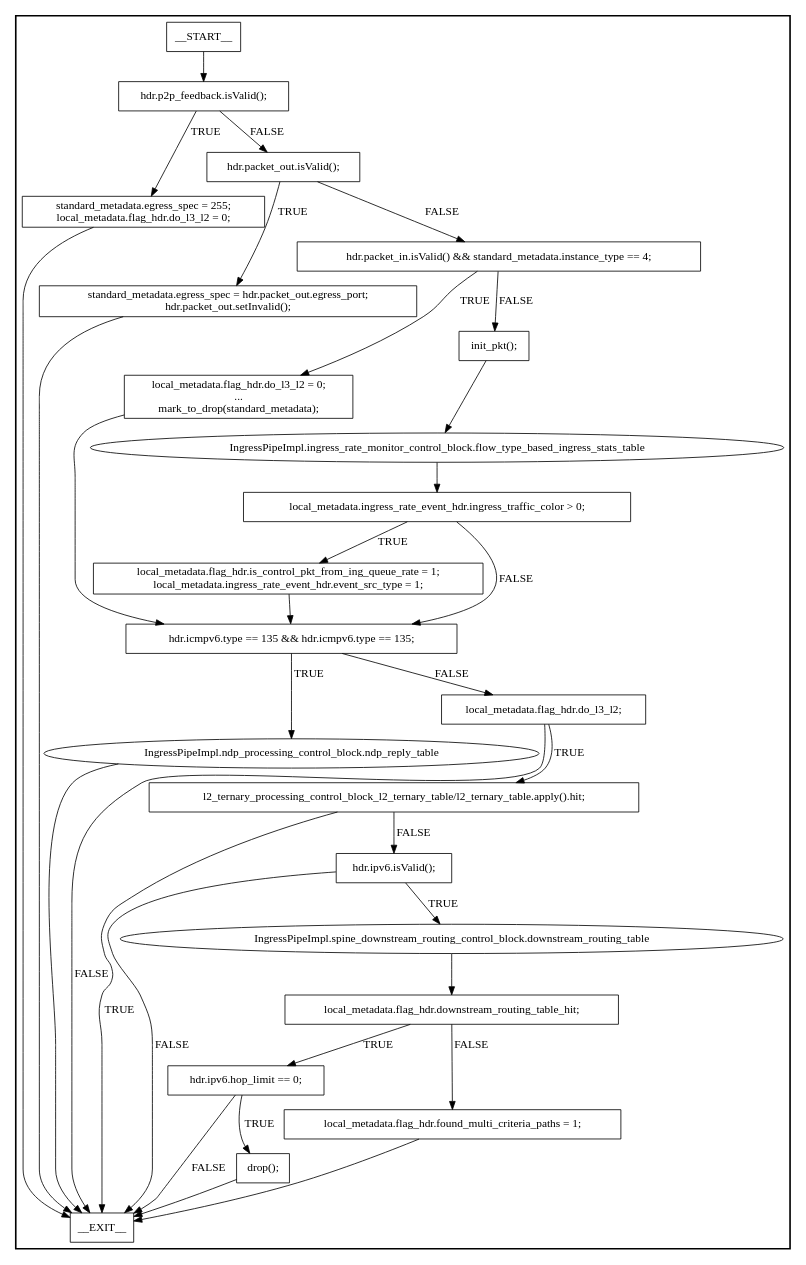
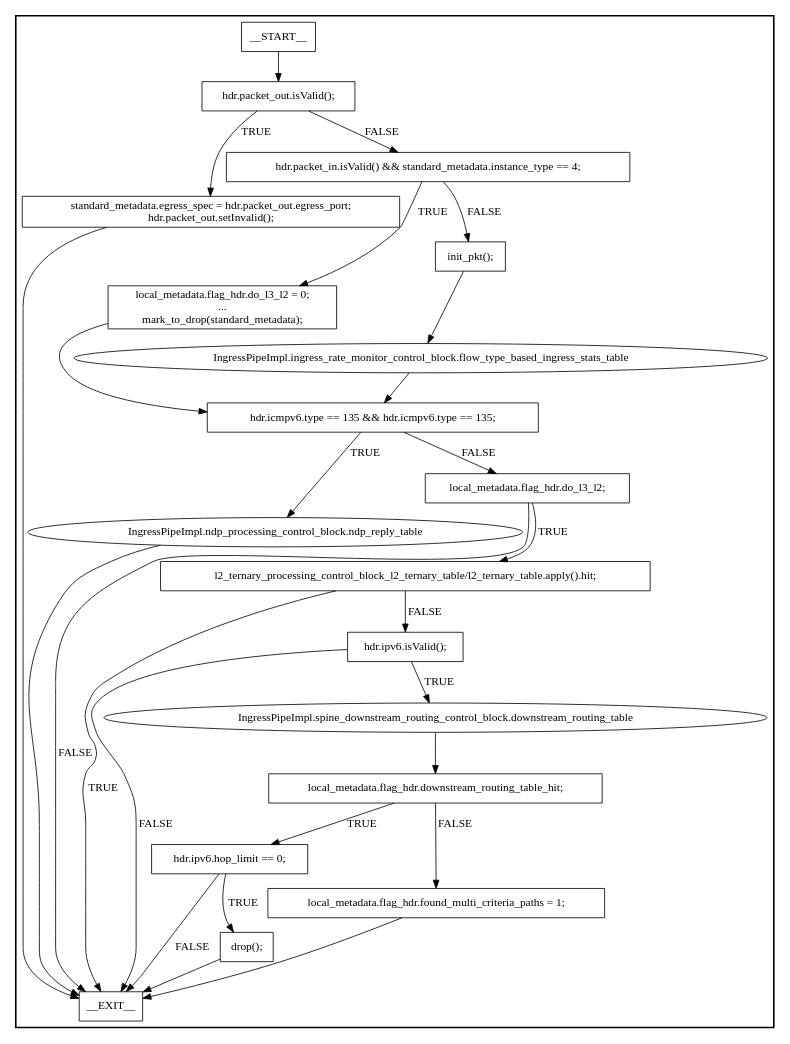
One commit to drobinkent/P4TE_UPTO_ELSEVIER_CN_REVISION_1 changed the diagram in p4src/graphs/spine/IngressPipeImpl.dot. Above: the diagram before and after it, drawn with Graphviz. The commit also changed 831 other files, not shown here.

```diff
--- a/p4src/graphs/spine/IngressPipeImpl.dot
+++ b/p4src/graphs/spine/IngressPipeImpl.dot
@@ -1,64 +1,52 @@
 digraph IngressPipeImpl {
 subgraph cluster {
 graph [
 label="", labeljust=r, style=bold];
 0[label=__START__, margin="", shape=rectangle, style=solid];
 1[label=__EXIT__, margin="", shape=rectangle, style=solid];
-2[label="hdr.p2p_feedback.isValid();", margin="", shape=rectangle, style=solid];
-3[label="standard_metadata.egress_spec = 255;
-local_metadata.flag_hdr.do_l3_l2 = 0;", margin="", shape=rectangle, style=solid];
-4[label="hdr.packet_out.isValid();", margin="", shape=rectangle, style=solid];
-5[label="standard_metadata.egress_spec = hdr.packet_out.egress_port;
+2[label="hdr.packet_out.isValid();", margin="", shape=rectangle, style=solid];
+3[label="standard_metadata.egress_spec = hdr.packet_out.egress_port;
 hdr.packet_out.setInvalid();", margin="", shape=rectangle, style=solid];
-6[label="hdr.packet_in.isValid() && standard_metadata.instance_type == 4;", margin="", shape=rectangle, style=solid];
-7[label="local_metadata.flag_hdr.do_l3_l2 = 0;
+4[label="hdr.packet_in.isValid() && standard_metadata.instance_type == 4;", margin="", shape=rectangle, style=solid];
+5[label="local_metadata.flag_hdr.do_l3_l2 = 0;
 ...
 mark_to_drop(standard_metadata);", margin="", shape=rectangle, style=solid];
-8[label="init_pkt();", margin="", shape=rectangle, style=solid];
-9[label="IngressPipeImpl.ingress_rate_monitor_control_block.flow_type_based_ingress_stats_table", margin="", shape=ellipse, style=solid];
-10[label="local_metadata.ingress_rate_event_hdr.ingress_traffic_color > 0;", margin="", shape=rectangle, style=solid];
-11[label="local_metadata.flag_hdr.is_control_pkt_from_ing_queue_rate = 1;
-local_metadata.ingress_rate_event_hdr.event_src_type = 1;", margin="", shape=rectangle, style=solid];
-12[label="hdr.icmpv6.type == 135 && hdr.icmpv6.type == 135;", margin="", shape=rectangle, style=solid];
-13[label="IngressPipeImpl.ndp_processing_control_block.ndp_reply_table", margin="", shape=ellipse, style=solid];
-14[label="local_metadata.flag_hdr.do_l3_l2;", margin="", shape=rectangle, style=solid];
-15[label="l2_ternary_processing_control_block_l2_ternary_table/l2_ternary_table.apply().hit;", margin="", shape=rectangle, style=solid];
-16[label="hdr.ipv6.isValid();", margin="", shape=rectangle, style=solid];
-17[label="IngressPipeImpl.spine_downstream_routing_control_block.downstream_routing_table", margin="", shape=ellipse, style=solid];
-18[label="local_metadata.flag_hdr.downstream_routing_table_hit;", margin="", shape=rectangle, style=solid];
-19[label="hdr.ipv6.hop_limit == 0;", margin="", shape=rectangle, style=solid];
-20[label="drop();", margin="", shape=rectangle, style=solid];
-21[label="local_metadata.flag_hdr.found_multi_criteria_paths = 1;", margin="", shape=rectangle, style=solid];
+6[label="init_pkt();", margin="", shape=rectangle, style=solid];
+7[label="IngressPipeImpl.ingress_rate_monitor_control_block.flow_type_based_ingress_stats_table", margin="", shape=ellipse, style=solid];
+8[label="hdr.icmpv6.type == 135 && hdr.icmpv6.type == 135;", margin="", shape=rectangle, style=solid];
+9[label="IngressPipeImpl.ndp_processing_control_block.ndp_reply_table", margin="", shape=ellipse, style=solid];
+10[label="local_metadata.flag_hdr.do_l3_l2;", margin="", shape=rectangle, style=solid];
+11[label="l2_ternary_processing_control_block_l2_ternary_table/l2_ternary_table.apply().hit;", margin="", shape=rectangle, style=solid];
+12[label="hdr.ipv6.isValid();", margin="", shape=rectangle, style=solid];
+13[label="IngressPipeImpl.spine_downstream_routing_control_block.downstream_routing_table", margin="", shape=ellipse, style=solid];
+14[label="local_metadata.flag_hdr.downstream_routing_table_hit;", margin="", shape=rectangle, style=solid];
+15[label="hdr.ipv6.hop_limit == 0;", margin="", shape=rectangle, style=solid];
+16[label="drop();", margin="", shape=rectangle, style=solid];
+17[label="local_metadata.flag_hdr.found_multi_criteria_paths = 1;", margin="", shape=rectangle, style=solid];
 0 -> 2[label=""];
 2 -> 3[label=TRUE];
 2 -> 4[label=FALSE];
 3 -> 1[label=""];
 4 -> 5[label=TRUE];
 4 -> 6[label=FALSE];
-5 -> 1[label=""];
-6 -> 7[label=TRUE];
-6 -> 8[label=FALSE];
-7 -> 12[label=""];
-8 -> 9[label=""];
-9 -> 10[label=""];
+5 -> 8[label=""];
+6 -> 7[label=""];
+7 -> 8[label=""];
+8 -> 9[label=TRUE];
+8 -> 10[label=FALSE];
+9 -> 1[label=""];
 10 -> 11[label=TRUE];
-10 -> 12[label=FALSE];
-11 -> 12[label=""];
+10 -> 1[label=FALSE];
+11 -> 1[label=TRUE];
+11 -> 12[label=FALSE];
 12 -> 13[label=TRUE];
-12 -> 14[label=FALSE];
-13 -> 1[label=""];
+12 -> 1[label=FALSE];
+13 -> 14[label=""];
 14 -> 15[label=TRUE];
-14 -> 1[label=FALSE];
-15 -> 1[label=TRUE];
-15 -> 16[label=FALSE];
-16 -> 17[label=TRUE];
-16 -> 1[label=FALSE];
-17 -> 18[label=""];
-18 -> 19[label=TRUE];
-18 -> 21[label=FALSE];
-19 -> 20[label=TRUE];
-19 -> 1[label=FALSE];
-20 -> 1[label=""];
-21 -> 1[label=""];
+14 -> 17[label=FALSE];
+15 -> 16[label=TRUE];
+15 -> 1[label=FALSE];
+16 -> 1[label=""];
+17 -> 1[label=""];
 }
 }
```
